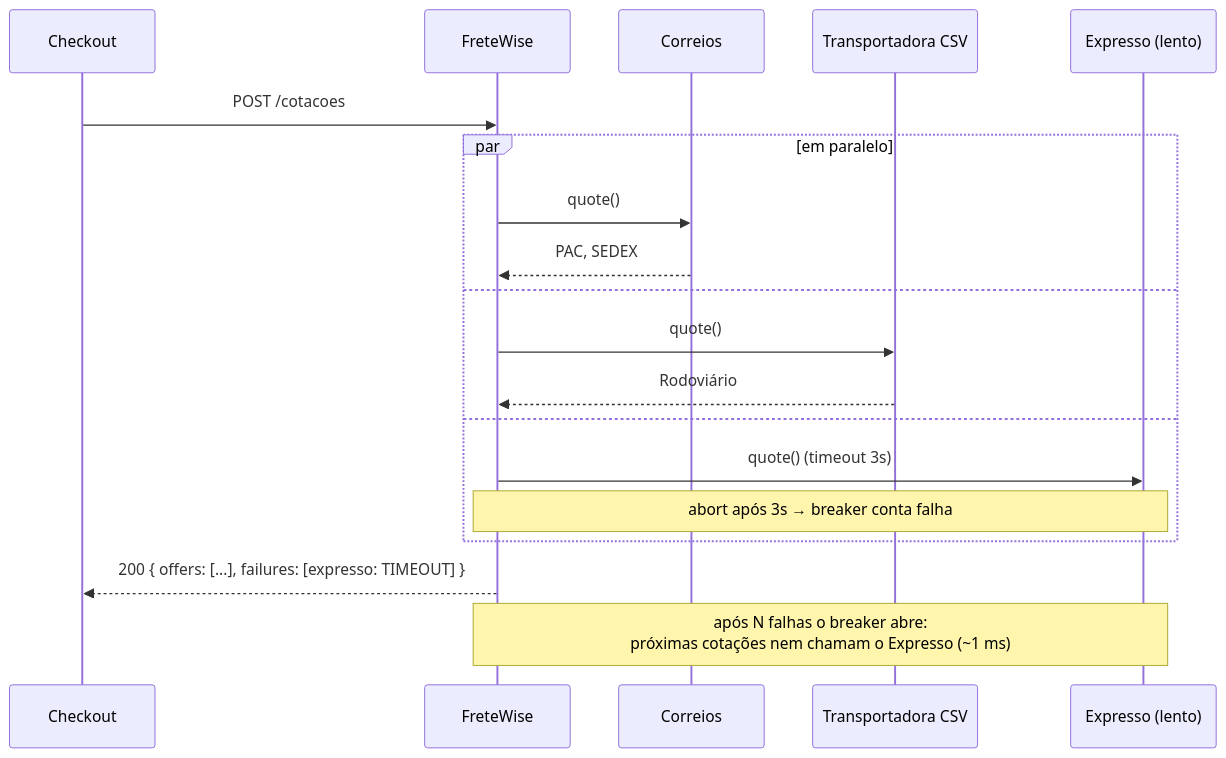
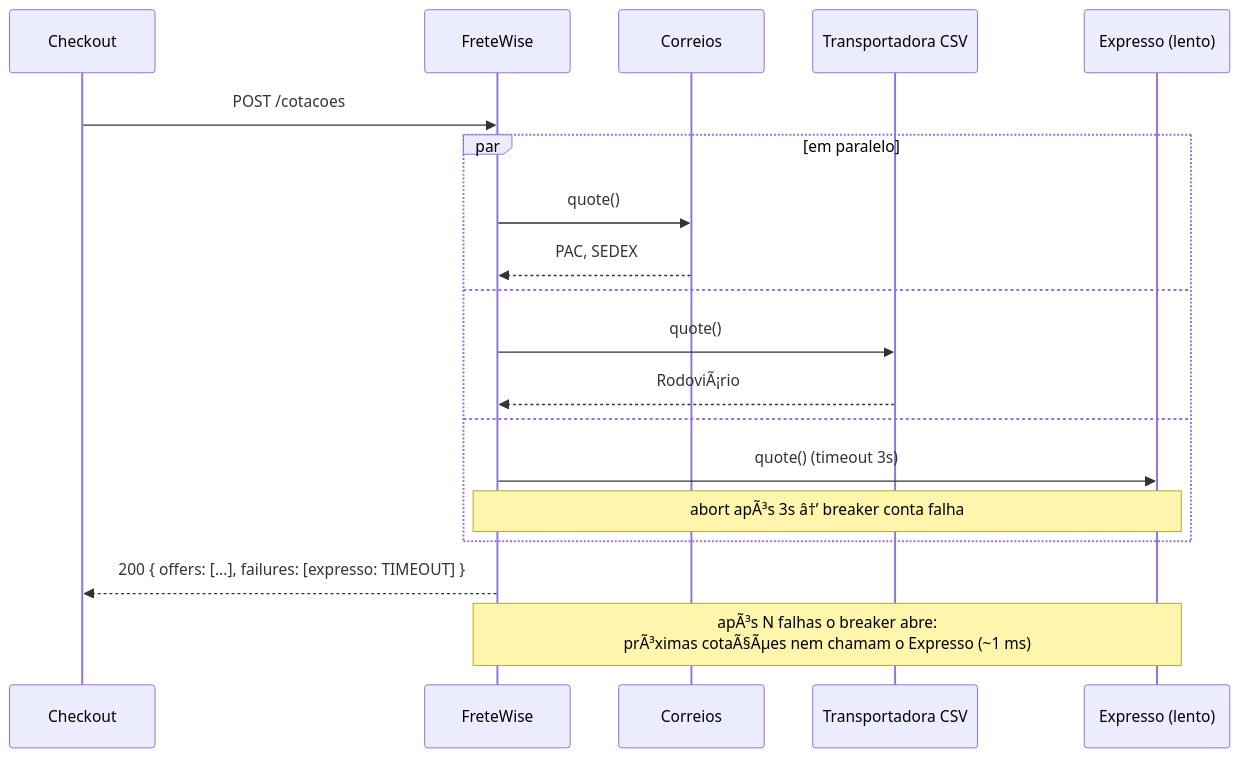
Before and after one commit to MaatheusPolli/frete-wise: the diagram in README.md, drawn with Mermaid. The commit also changed other lines of this file and 1 other file, not shown here.

````diff
--- a/README.md
+++ b/README.md
@@ -37,21 +37,21 @@
 ```mermaid
 sequenceDiagram
     participant C as Checkout
     participant API as FreteWise
     participant Co as Correios
     participant T as Transportadora CSV
     participant E as Expresso (lento)
     C->>API: POST /cotacoes
     par em paralelo
         API->>Co: quote()
         Co-->>API: PAC, SEDEX
     and
         API->>T: quote()
-        T-->>API: Rodoviário
+        T-->>API: RodoviÃ¡rio
     and
         API->>E: quote() (timeout 3s)
-        Note over API,E: abort após 3s → breaker conta falha
+        Note over API,E: abort apÃ³s 3s â†’ breaker conta falha
     end
     API-->>C: 200 { offers: [...], failures: [expresso: TIMEOUT] }
-    Note over API,E: após N falhas o breaker abre:<br/>próximas cotações nem chamam o Expresso (~1 ms)
+    Note over API,E: apÃ³s N falhas o breaker abre:<br/>prÃ³ximas cotaÃ§Ãµes nem chamam o Expresso (~1 ms)
 ```
````
